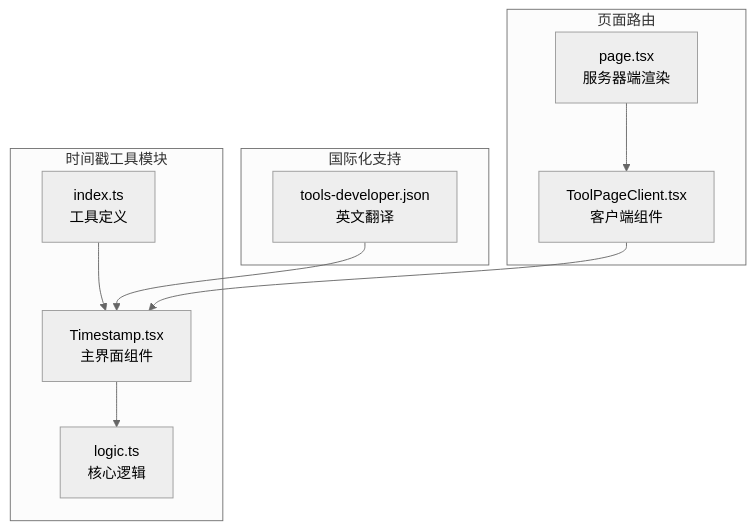
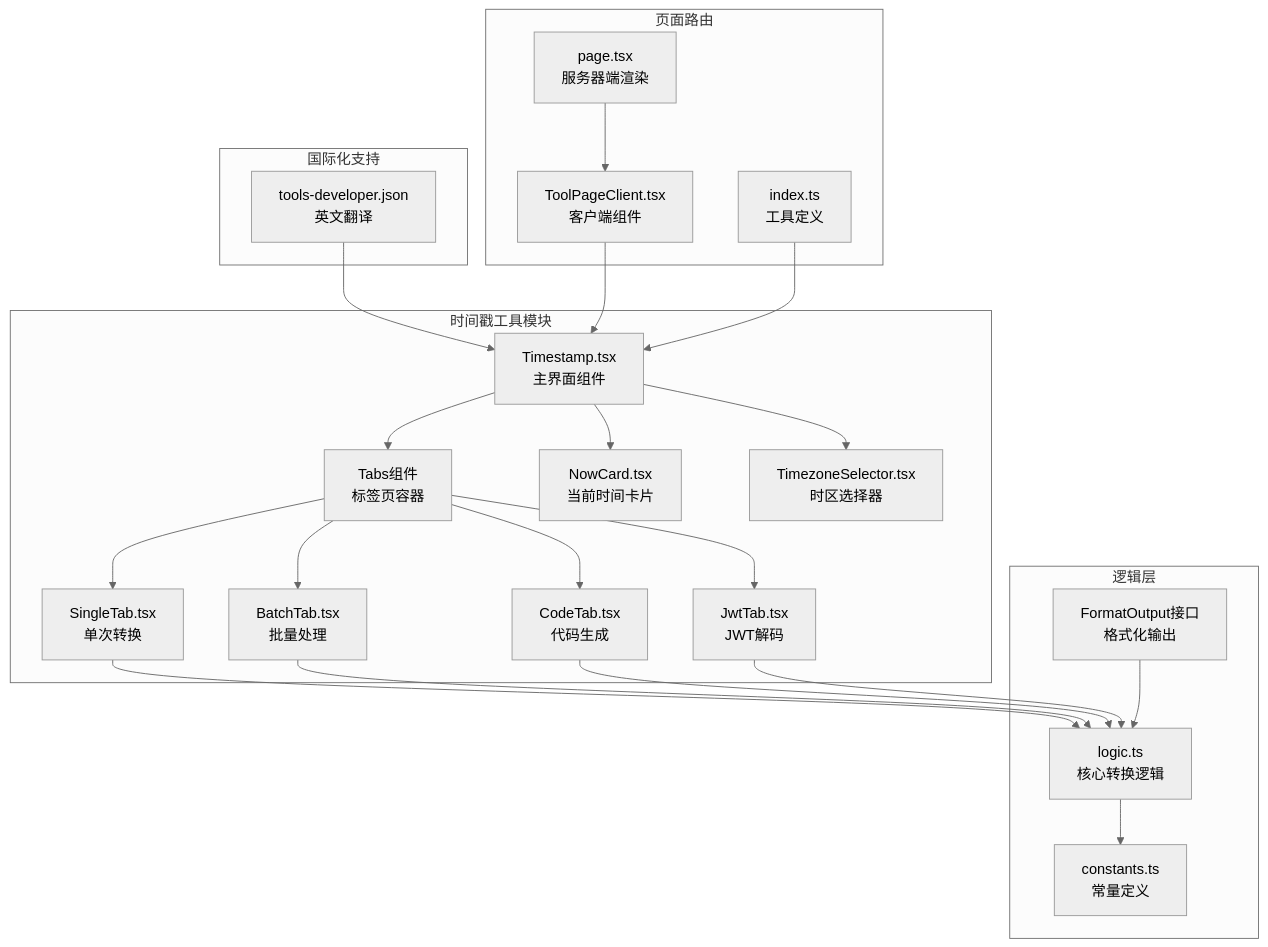
The first of 10 diagrams in .qoder/repowiki/zh/content/开发者工具/时间戳工具.md (sgyy/privadeck), drawn with Mermaid (neutral theme) before and after one commit. The commit also changed other lines of this file and 7 other files, not shown here.

````diff
--- a/.qoder/repowiki/zh/content/开发者工具/时间戳工具.md
+++ b/.qoder/repowiki/zh/content/开发者工具/时间戳工具.md
@@ -40,20 +64,43 @@
 ```mermaid
 graph TB
 subgraph "时间戳工具模块"
 A[Timestamp.tsx<br/>主界面组件]
-B[logic.ts<br/>核心逻辑]
-C[index.ts<br/>工具定义]
+B[Tabs组件<br/>标签页容器]
+C[SingleTab.tsx<br/>单次转换]
+D[BatchTab.tsx<br/>批量处理]
+E[CodeTab.tsx<br/>代码生成]
+F[JwtTab.tsx<br/>JWT解码]
+G[NowCard.tsx<br/>当前时间卡片]
+H[TimezoneSelector.tsx<br/>时区选择器]
+end
+subgraph "逻辑层"
+I[logic.ts<br/>核心转换逻辑]
+J[constants.ts<br/>常量定义]
+K[FormatOutput接口<br/>格式化输出]
 end
 subgraph "国际化支持"
-D[tools-developer.json<br/>英文翻译]
+L[tools-developer.json<br/>英文翻译]
 end
 subgraph "页面路由"
-E[page.tsx<br/>服务器端渲染]
-F[ToolPageClient.tsx<br/>客户端组件]
+M[page.tsx<br/>服务器端渲染]
+N[ToolPageClient.tsx<br/>客户端组件]
+O[index.ts<br/>工具定义]
 end
 A --> B
-C --> A
-D --> A
-E --> F
-F --> A
+B --> C
+B --> D
+B --> E
+B --> F
+A --> G
+A --> H
+C --> I
+D --> I
+E --> I
+F --> I
+I --> J
+K --> I
+L --> A
+M --> N
+N --> A
+O --> A
 ```
````
